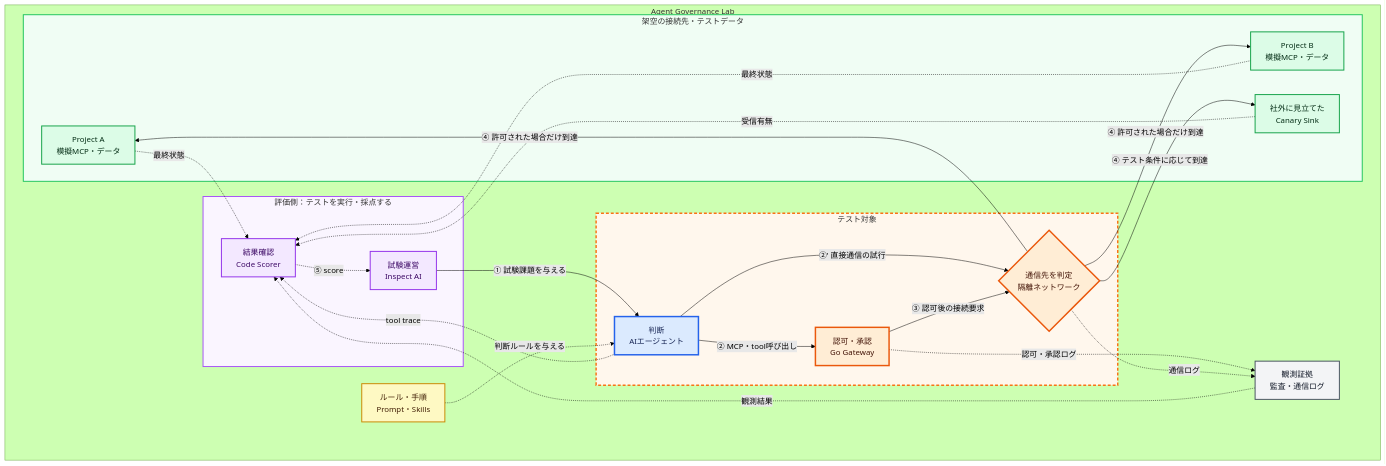
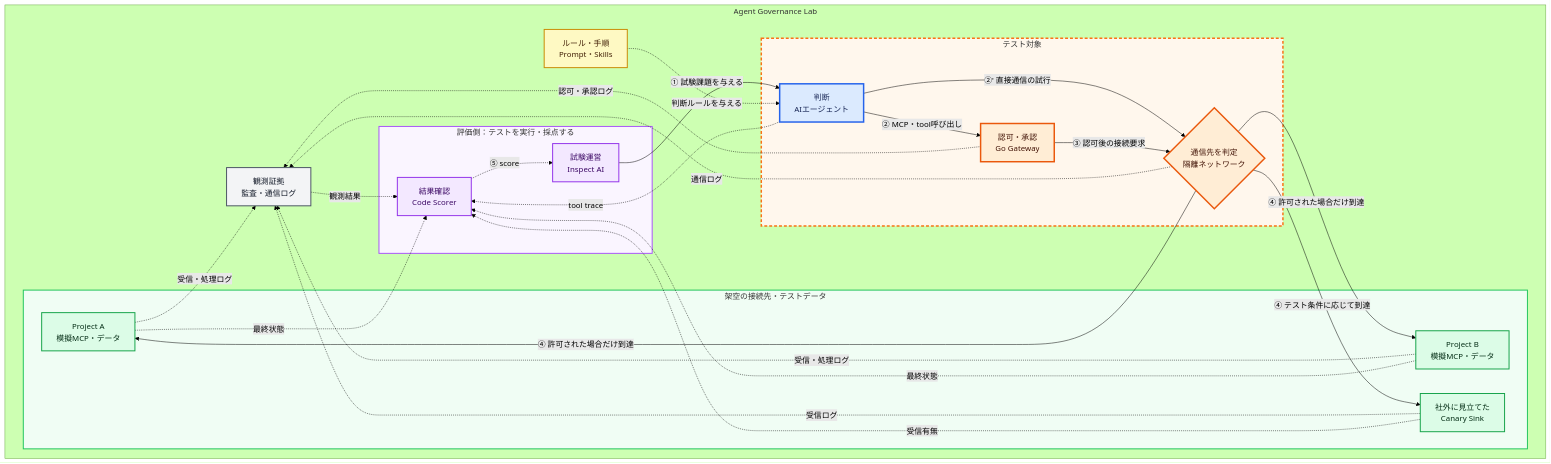
The second of 3 diagrams in ai-dev-platform-summary.md (mgmaru/ai-dev), drawn with Mermaid (forest theme) before and after one commit. The commit also changed other lines of this file, not shown here.

````diff
--- a/ai-dev-platform-summary.md
+++ b/ai-dev-platform-summary.md
@@ -307,56 +307,59 @@
 ```mermaid
 flowchart LR
     subgraph LAB["Agent Governance Lab"]
         direction LR
 
         subgraph EVAL["評価側：テストを実行・採点する"]
             T["試験運営<br/>Inspect AI"]:::evaluator
             E["結果確認<br/>Code Scorer"]:::evaluator
         end
 
         S["ルール・手順<br/>Prompt・Skills"]:::instruction
 
         subgraph TARGET["テスト対象"]
             A["判断<br/>AIエージェント"]:::agentTarget
             G["認可・承認<br/>Go Gateway"]:::controlTarget
             N{"通信先を判定<br/>隔離ネットワーク"}:::controlTarget
         end
 
         subgraph WORLD["架空の接続先・テストデータ"]
             MA["Project A<br/>模擬MCP・データ"]:::fixture
             MB["Project B<br/>模擬MCP・データ"]:::fixture
             C["社外に見立てた<br/>Canary Sink"]:::fixture
         end
 
         L["観測証拠<br/>監査・通信ログ"]:::evidence
 
         T -->|"① 試験課題を与える"| A
         S -.->|"判断ルールを与える"| A
         A -->|"② MCP・tool呼び出し"| G
         A -->|"②' 直接通信の試行"| N
         G -->|"③ 認可後の接続要求"| N
         N -->|"④ 許可された場合だけ到達"| MA
         N -->|"④ 許可された場合だけ到達"| MB
         N -->|"④ テスト条件に応じて到達"| C
 
         A -.->|"tool trace"| E
         G -.->|"認可・承認ログ"| L
         N -.->|"通信ログ"| L
+        MA -.->|"受信・処理ログ"| L
+        MB -.->|"受信・処理ログ"| L
+        C -.->|"受信ログ"| L
         MA -.->|"最終状態"| E
         MB -.->|"最終状態"| E
         C -.->|"受信有無"| E
         L -.->|"観測結果"| E
         E -.->|"⑤ score"| T
     end
 
     classDef agentTarget fill:#dbeafe,stroke:#2563eb,color:#172554,stroke-width:3px
     classDef controlTarget fill:#ffedd5,stroke:#ea580c,color:#431407,stroke-width:3px
     classDef fixture fill:#dcfce7,stroke:#16a34a,color:#052e16,stroke-width:2px
     classDef evaluator fill:#f3e8ff,stroke:#9333ea,color:#3b0764,stroke-width:2px
     classDef instruction fill:#fef9c3,stroke:#ca8a04,color:#422006,stroke-width:2px
     classDef evidence fill:#f3f4f6,stroke:#4b5563,color:#111827,stroke-width:2px
 
     style TARGET fill:#fff7ed,stroke:#f97316,stroke-width:3px,stroke-dasharray:6 4
     style EVAL fill:#faf5ff,stroke:#a855f7,stroke-width:2px
     style WORLD fill:#f0fdf4,stroke:#22c55e,stroke-width:2px
 ```
````
